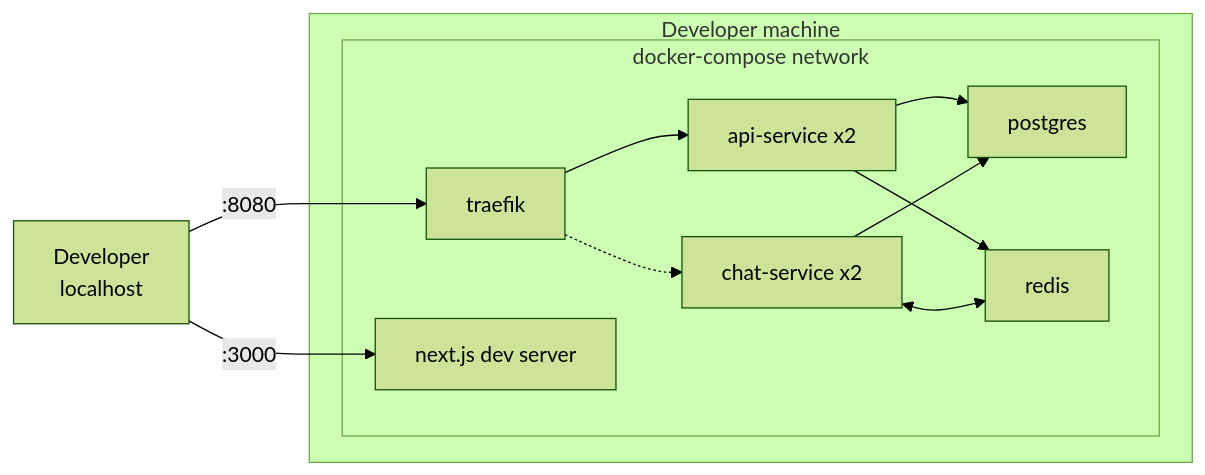
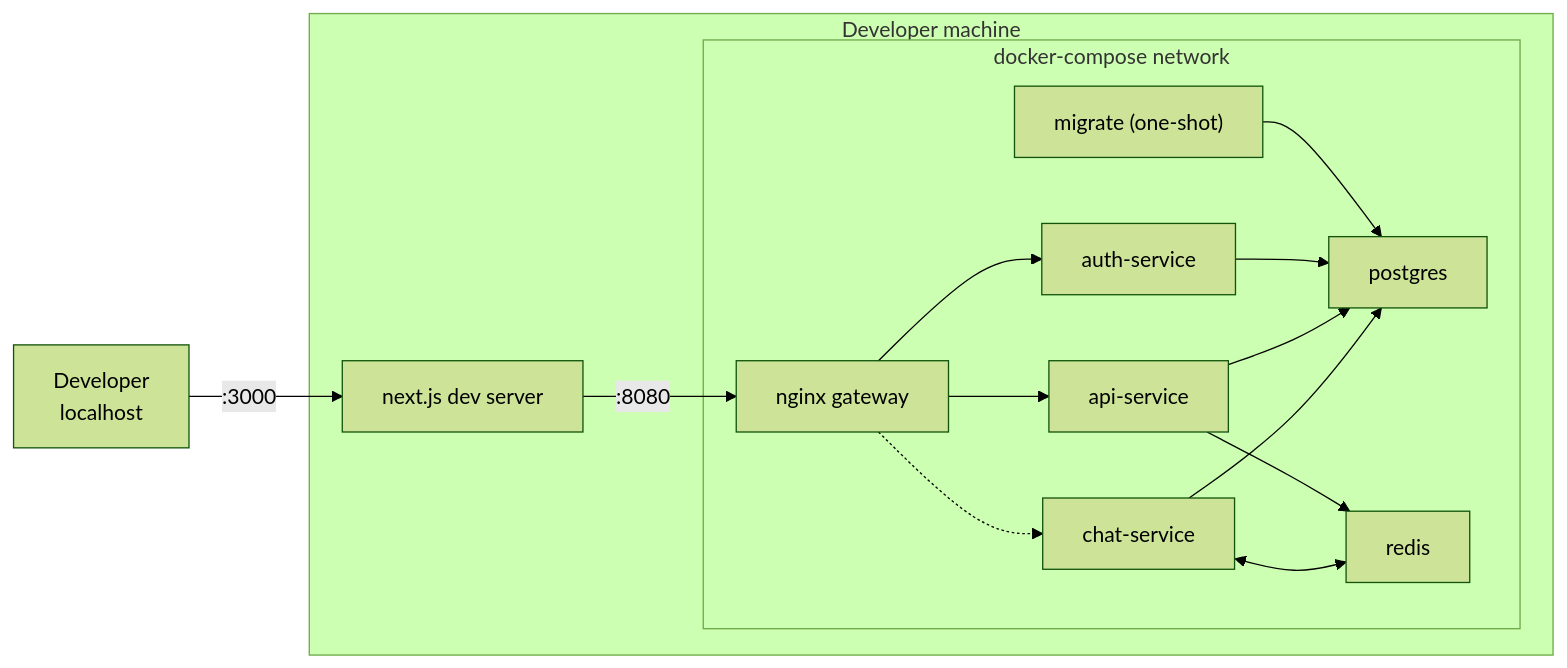
Before and after one commit to prodmatze/distributed_systems_sose_2026: the sixth of 7 diagrams in docs/ARCHITECTURE.md, drawn with Mermaid (forest theme). The commit also changed other lines of this file and 23 other files, not shown here.

````diff
--- a/docs/ARCHITECTURE.md
+++ b/docs/ARCHITECTURE.md
@@ -288,22 +300,27 @@
 ```mermaid
 flowchart LR
     subgraph Host["Developer machine"]
+        FE["next.js dev server"]
         subgraph DC["docker-compose network"]
-            TGW["traefik"]
-            API1["api-service x2"]
-            WS1["chat-service x2"]
+            GW["nginx gateway"]
+            AUTH["auth-service"]
+            API["api-service"]
+            WS["chat-service"]
+            MIG["migrate (one-shot)"]
             PG["postgres"]
             RD["redis"]
-            FE["next.js dev server"]
         end
     end
 
     Dev["Developer<br/>localhost"] -->|":3000"| FE
-    Dev -->|":8080"| TGW
-    TGW --> API1
-    TGW -.-> WS1
-    API1 --> PG
-    WS1 --> PG
-    API1 --> RD
-    WS1 <--> RD
+    FE -->|":8080"| GW
+    GW --> AUTH
+    GW --> API
+    GW -.-> WS
+    MIG --> PG
+    AUTH --> PG
+    API --> PG
+    WS --> PG
+    API --> RD
+    WS <--> RD
 ```
````
